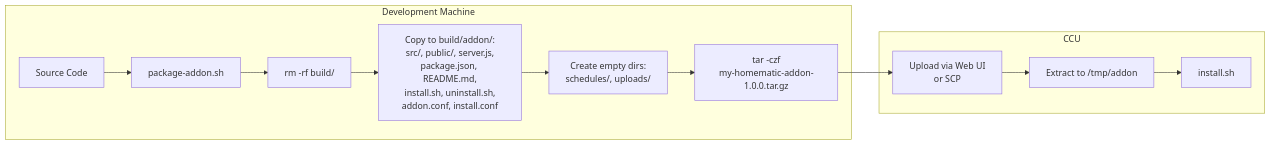
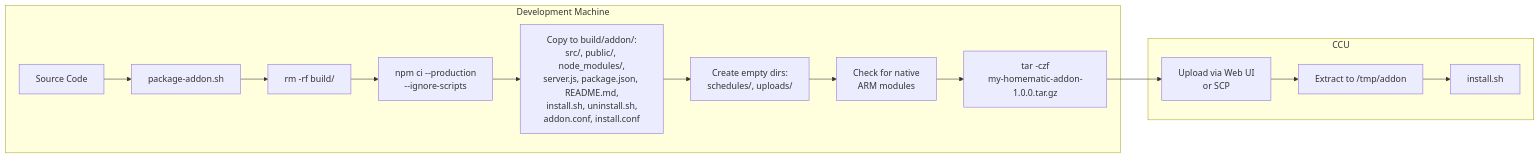
The first of 2 diagrams in docs/deployment.md (rore78/homematicHeatingWithNumbersFile), drawn with Mermaid before and after one commit. The commit also changed other lines of this file and 72 other files, not shown here.

````diff
--- a/docs/deployment.md
+++ b/docs/deployment.md
@@ -36,16 +47,18 @@
 ```mermaid
 flowchart LR
     subgraph "Development Machine"
         Source["Source Code"] --> Script["package-addon.sh"]
         Script --> Clean["rm -rf build/"]
-        Clean --> Copy["Copy to build/addon/:<br/>src/, public/, server.js,<br/>package.json, README.md,<br/>install.sh, uninstall.sh,<br/>addon.conf, install.conf"]
+        Clean --> NPM["npm ci --production<br/>--ignore-scripts"]
+        NPM --> Copy["Copy to build/addon/:<br/>src/, public/, node_modules/,<br/>server.js, package.json, README.md,<br/>install.sh, uninstall.sh,<br/>addon.conf, install.conf"]
         Copy --> Dirs["Create empty dirs:<br/>schedules/, uploads/"]
-        Dirs --> Tar["tar -czf<br/>my-homematic-addon-1.0.0.tar.gz"]
+        Dirs --> Check["Check for native<br/>ARM modules"]
+        Check --> Tar["tar -czf<br/>my-homematic-addon-1.0.0.tar.gz"]
     end
 
     subgraph "CCU"
         Tar --> Upload["Upload via Web UI<br/>or SCP"]
         Upload --> Extract["Extract to /tmp/addon"]
         Extract --> Install["install.sh"]
     end
 ```
````
